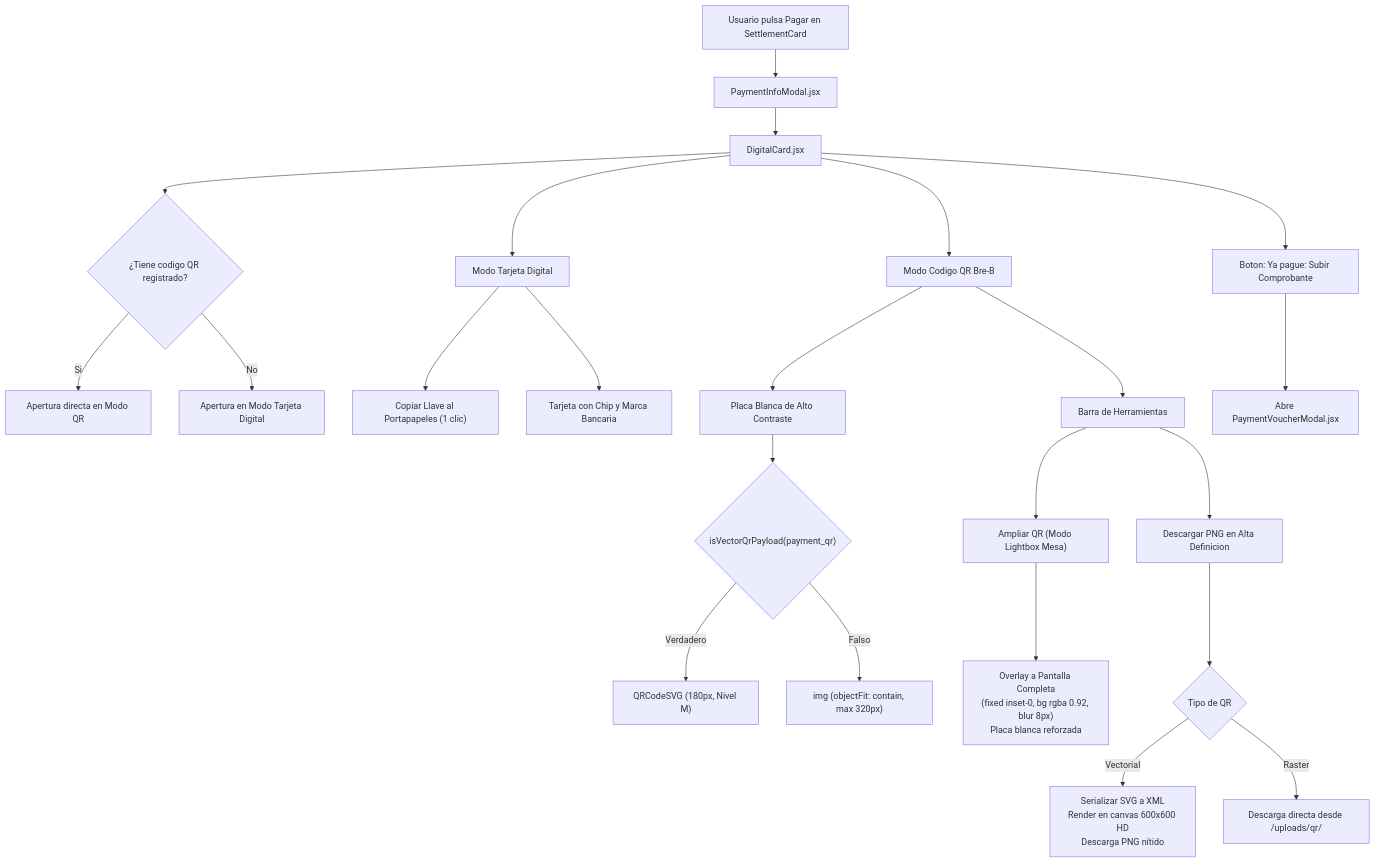
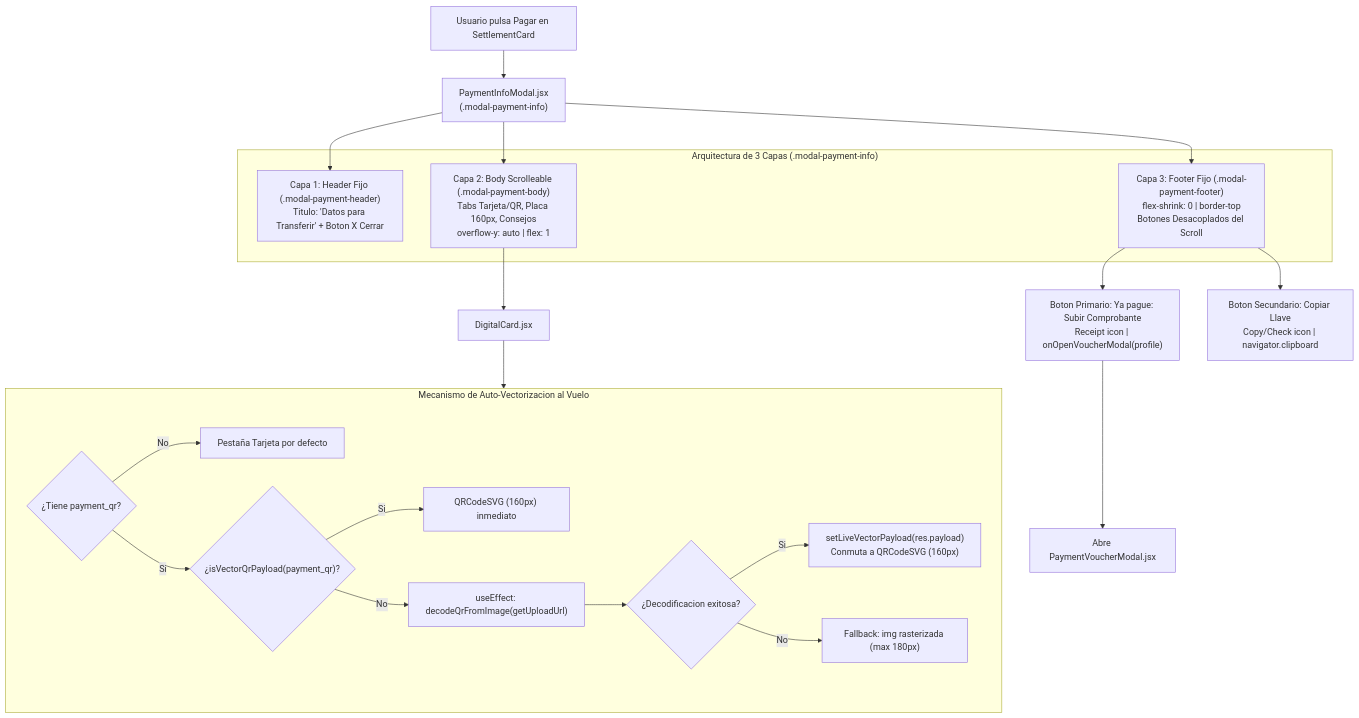
Before and after one commit to SebzSGC/Control-Gastos: the fourth of 7 diagrams in docs/03_Frontend/Generador-QR-Bre-B.md, drawn with Mermaid. The commit also changed other lines of this file and 6 other files, not shown here.

First line of the commit message:
fix(ui): optimizar tamano y posicionamiento del modal de datos de pago con footer fijo

````diff
--- a/docs/03_Frontend/Generador-QR-Bre-B.md
+++ b/docs/03_Frontend/Generador-QR-Bre-B.md
@@ -303,32 +303,34 @@
 ```mermaid
 flowchart TD
-    ClickPay["Usuario pulsa Pagar en SettlementCard"] --> OpenModal["PaymentInfoModal.jsx"]
-    OpenModal --> DigitalCardComp["DigitalCard.jsx"]
+    ClickPay["Usuario pulsa Pagar en SettlementCard"] --> OpenModal["PaymentInfoModal.jsx\n(.modal-payment-info)"]
     
-    DigitalCardComp --> EvalSource{"¿Tiene codigo QR registrado?"}
-    EvalSource -- Si --> DefaultQR["Apertura directa en Modo QR"]
-    EvalSource -- No --> DefaultCard["Apertura en Modo Tarjeta Digital"]
+    subgraph ModalArch["Arquitectura de 3 Capas (.modal-payment-info)"]
+        HeaderLayer["Capa 1: Header Fijo (.modal-payment-header)\nTitulo: 'Datos para Transferir' + Boton X Cerrar"]
+        BodyLayer["Capa 2: Body Scrolleable (.modal-payment-body)\nTabs Tarjeta/QR, Placa 160px, Consejos\noverflow-y: auto | flex: 1"]
+        FooterLayer["Capa 3: Footer Fijo (.modal-payment-footer)\nflex-shrink: 0 | border-top\nBotones Desacoplados del Scroll"]
+    end
     
-    DigitalCardComp --> TabCard["Modo Tarjeta Digital"]
-    DigitalCardComp --> TabQR["Modo Codigo QR Bre-B"]
+    OpenModal --> HeaderLayer
+    OpenModal --> BodyLayer
+    OpenModal --> FooterLayer
     
-    TabCard --> CopyKey["Copiar Llave al Portapapeles (1 clic)"]
-    TabCard --> CardVisual["Tarjeta con Chip y Marca Bancaria"]
+    BodyLayer --> DigitalCardComp["DigitalCard.jsx"]
     
-    TabQR --> HighContrast["Placa Blanca de Alto Contraste"]
-    HighContrast --> RenderMethod{"isVectorQrPayload(payment_qr)"}
-    RenderMethod -- Verdadero --> SvgRender["QRCodeSVG (180px, Nivel M)"]
-    RenderMethod -- Falso --> ImgTag["img (objectFit: contain, max 320px)"]
+    subgraph AutoVecEngine["Mecanismo de Auto-Vectorizacion al Vuelo"]
+        EvalQr{"¿Tiene payment_qr?"}
+        EvalQr -- No --> TabCardDefault["Pestaña Tarjeta por defecto"]
+        EvalQr -- Si --> CheckVector{"¿isVectorQrPayload(payment_qr)?"}
+        CheckVector -- Si --> SvgDirect["QRCodeSVG (160px) inmediato"]
+        CheckVector -- No --> HookAsync["useEffect: decodeQrFromImage(getUploadUrl)"]
+        HookAsync --> DecodeResult{"¿Decodificacion exitosa?"}
+        DecodeResult -- Si --> SetLiveState["setLiveVectorPayload(res.payload)\nConmuta a QRCodeSVG (160px)"]
+        DecodeResult -- No --> RasterFallback["Fallback: img rasterizada (max 180px)"]
+    end
     
-    TabQR --> ToolsRow["Barra de Herramientas"]
-    ToolsRow --> ToolLightbox["Ampliar QR (Modo Lightbox Mesa)"]
-    ToolsRow --> ToolDownload["Descargar PNG en Alta Definicion"]
+    DigitalCardComp --> AutoVecEngine
     
-    ToolLightbox --> LightboxOverlay["Overlay a Pantalla Completa\n(fixed inset-0, bg rgba 0.92, blur 8px)\nPlaca blanca reforzada"]
-    ToolDownload --> DownloadEngine{"Tipo de QR"}
-    DownloadEngine -- Vectorial --> XMLCanvas["Serializar SVG a XML\nRender en canvas 600x600 HD\nDescarga PNG nítido"]
-    DownloadEngine -- Raster --> DirectFile["Descarga directa desde /uploads/qr/"]
+    FooterLayer --> ActionPay["Boton Primario: Ya pague: Subir Comprobante\nReceipt icon | onOpenVoucherModal(profile)"]
+    FooterLayer --> ActionCopy["Boton Secundario: Copiar Llave\nCopy/Check icon | navigator.clipboard"]
     
-    DigitalCardComp --> VoucherAction["Boton: Ya pague: Subir Comprobante"]
-    VoucherAction --> OpenVoucher["Abre PaymentVoucherModal.jsx"]
+    ActionPay --> OpenVoucher["Abre PaymentVoucherModal.jsx"]
 ```
````
